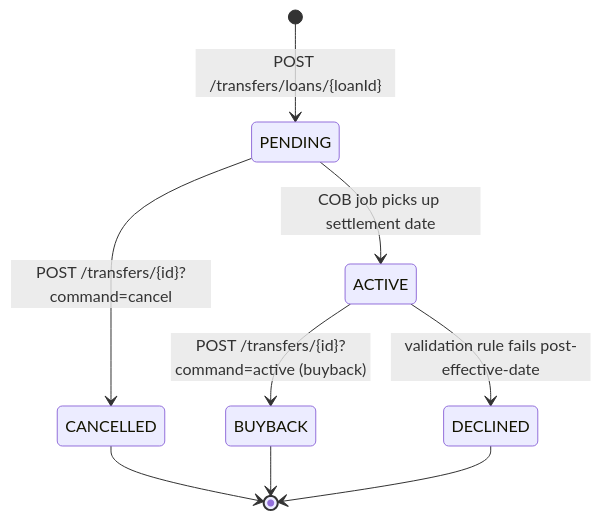
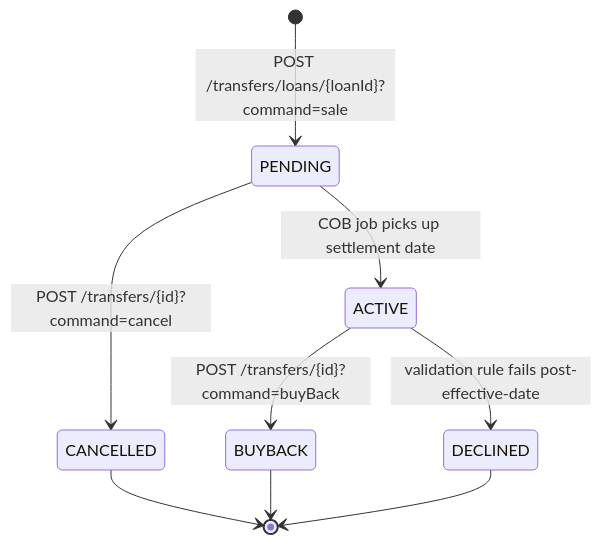
The second of 2 diagrams in api/external-assets-and-investor.mdx (mintlify-atlas/docs-wiki-31b07890), drawn with Mermaid before and after one commit. The commit also changed other lines of this file and 115 other files, not shown here.

````diff
--- a/api/external-assets-and-investor.mdx
+++ b/api/external-assets-and-investor.mdx
@@ -162,11 +162,11 @@
 ```mermaid
 stateDiagram-v2
-    [*] --> PENDING: POST /transfers/loans/{loanId}
+    [*] --> PENDING: POST /transfers/loans/{loanId}?command=sale
     PENDING --> CANCELLED: POST /transfers/{id}?command=cancel
     PENDING --> ACTIVE: COB job picks up settlement date
-    ACTIVE --> BUYBACK: POST /transfers/{id}?command=active (buyback)
+    ACTIVE --> BUYBACK: POST /transfers/{id}?command=buyBack
     ACTIVE --> DECLINED: validation rule fails post-effective-date
     BUYBACK --> [*]
     CANCELLED --> [*]
     DECLINED --> [*]
 ```
````
